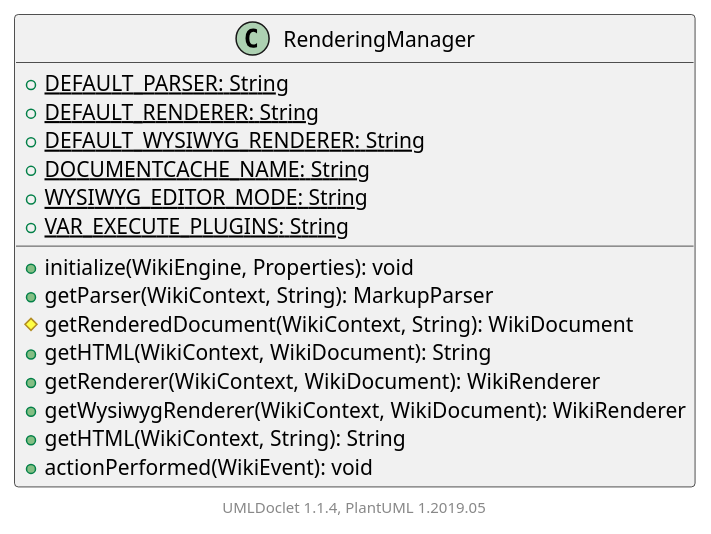
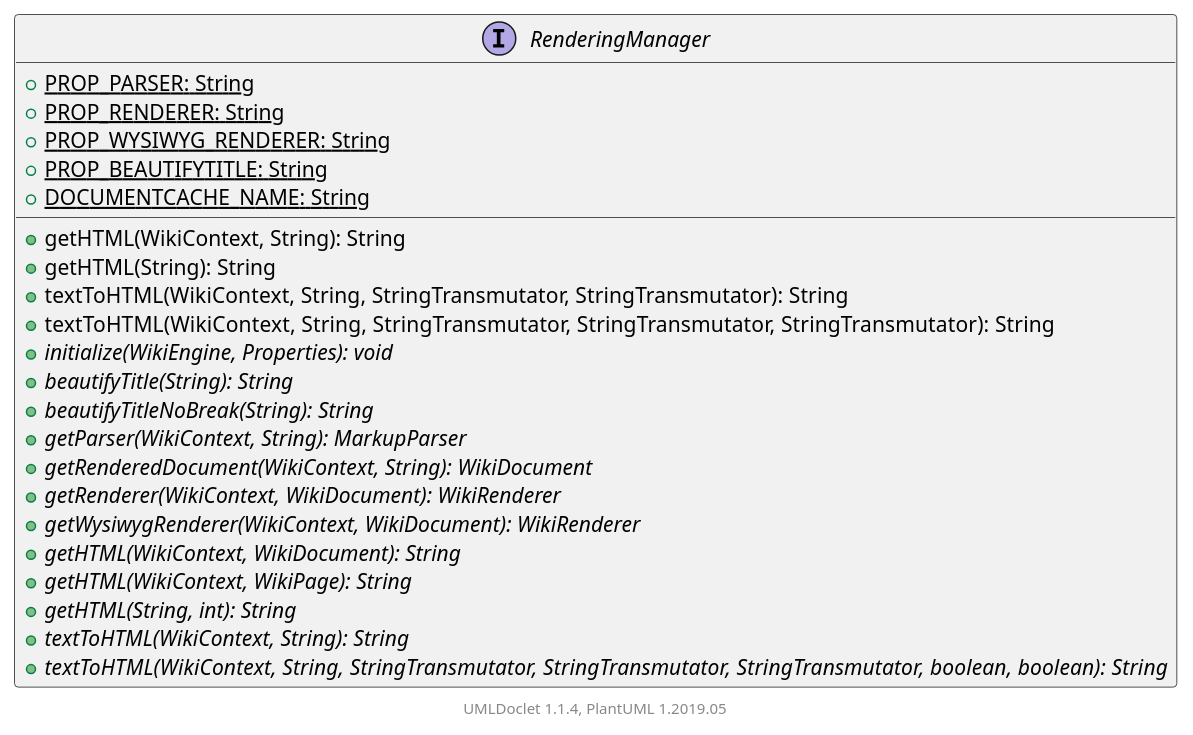
The diagram in apidocs/2.11.0.M7-SNAPSHOT/org/apache/wiki/render/RenderingManager.puml (apache/jspwiki-site), drawn with PlantUML before and after one commit. The commit also changed 1187 other files, not shown here.

```diff
--- a/apidocs/2.11.0.M7-SNAPSHOT/org/apache/wiki/render/RenderingManager.puml
+++ b/apidocs/2.11.0.M7-SNAPSHOT/org/apache/wiki/render/RenderingManager.puml
@@ -1,22 +1,29 @@
 @startuml
 
-    class RenderingManager [[RenderingManager.html]] {
-        {static} +DEFAULT_PARSER: String
-        {static} +DEFAULT_RENDERER: String
-        {static} +DEFAULT_WYSIWYG_RENDERER: String
+    interface RenderingManager [[RenderingManager.html]] {
+        {static} +PROP_PARSER: String
+        {static} +PROP_RENDERER: String
+        {static} +PROP_WYSIWYG_RENDERER: String
+        {static} +PROP_BEAUTIFYTITLE: String
         {static} +DOCUMENTCACHE_NAME: String
-        {static} +WYSIWYG_EDITOR_MODE: String
-        {static} +VAR_EXECUTE_PLUGINS: String
-        +initialize(WikiEngine, Properties): void
-        +getParser(WikiContext, String): MarkupParser
-        #getRenderedDocument(WikiContext, String): WikiDocument
-        +getHTML(WikiContext, WikiDocument): String
-        +getRenderer(WikiContext, WikiDocument): WikiRenderer
-        +getWysiwygRenderer(WikiContext, WikiDocument): WikiRenderer
         +getHTML(WikiContext, String): String
-        +actionPerformed(WikiEvent): void
+        +getHTML(String): String
+        +textToHTML(WikiContext, String, StringTransmutator, StringTransmutator): String
+        +textToHTML(WikiContext, String, StringTransmutator, StringTransmutator, StringTransmutator): String
+        {abstract} +initialize(WikiEngine, Properties): void
+        {abstract} +beautifyTitle(String): String
+        {abstract} +beautifyTitleNoBreak(String): String
+        {abstract} +getParser(WikiContext, String): MarkupParser
+        {abstract} +getRenderedDocument(WikiContext, String): WikiDocument
+        {abstract} +getRenderer(WikiContext, WikiDocument): WikiRenderer
+        {abstract} +getWysiwygRenderer(WikiContext, WikiDocument): WikiRenderer
+        {abstract} +getHTML(WikiContext, WikiDocument): String
+        {abstract} +getHTML(WikiContext, WikiPage): String
+        {abstract} +getHTML(String, int): String
+        {abstract} +textToHTML(WikiContext, String): String
+        {abstract} +textToHTML(WikiContext, String, StringTransmutator, StringTransmutator, StringTransmutator, boolean, boolean): String
     }
 
 
     center footer UMLDoclet 1.1.4, PlantUML 1.2019.05
 @enduml
```
